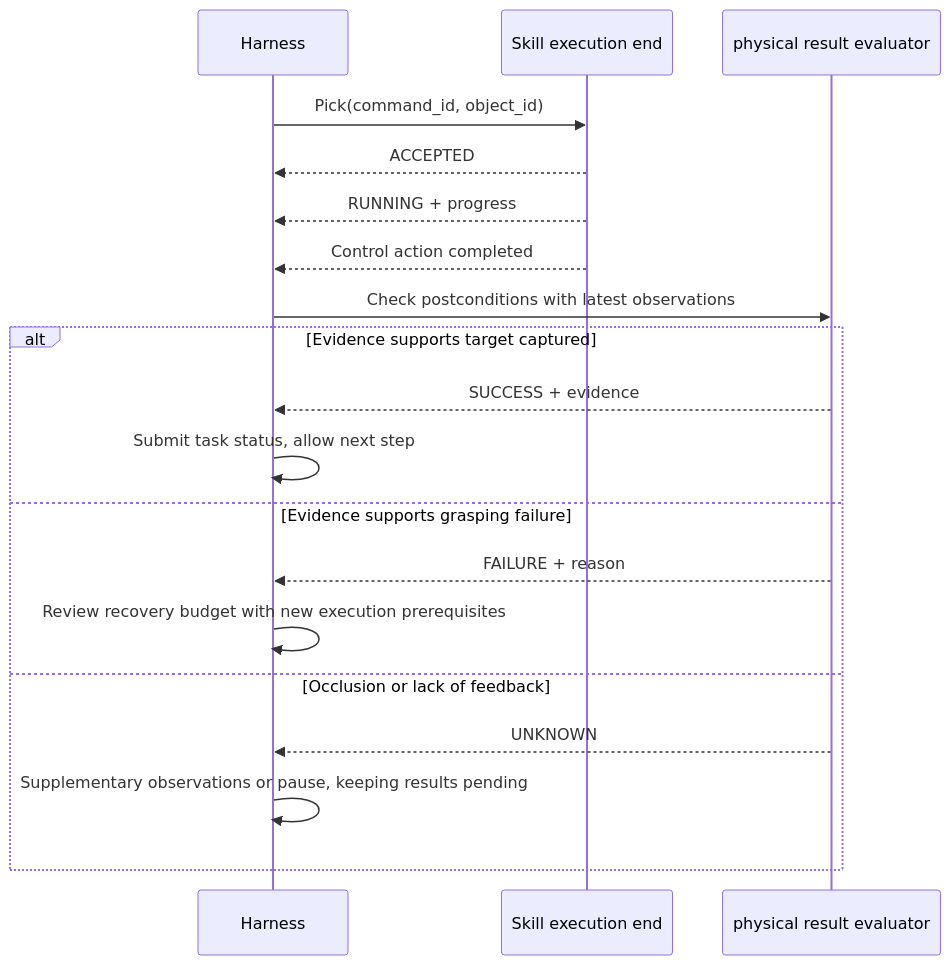
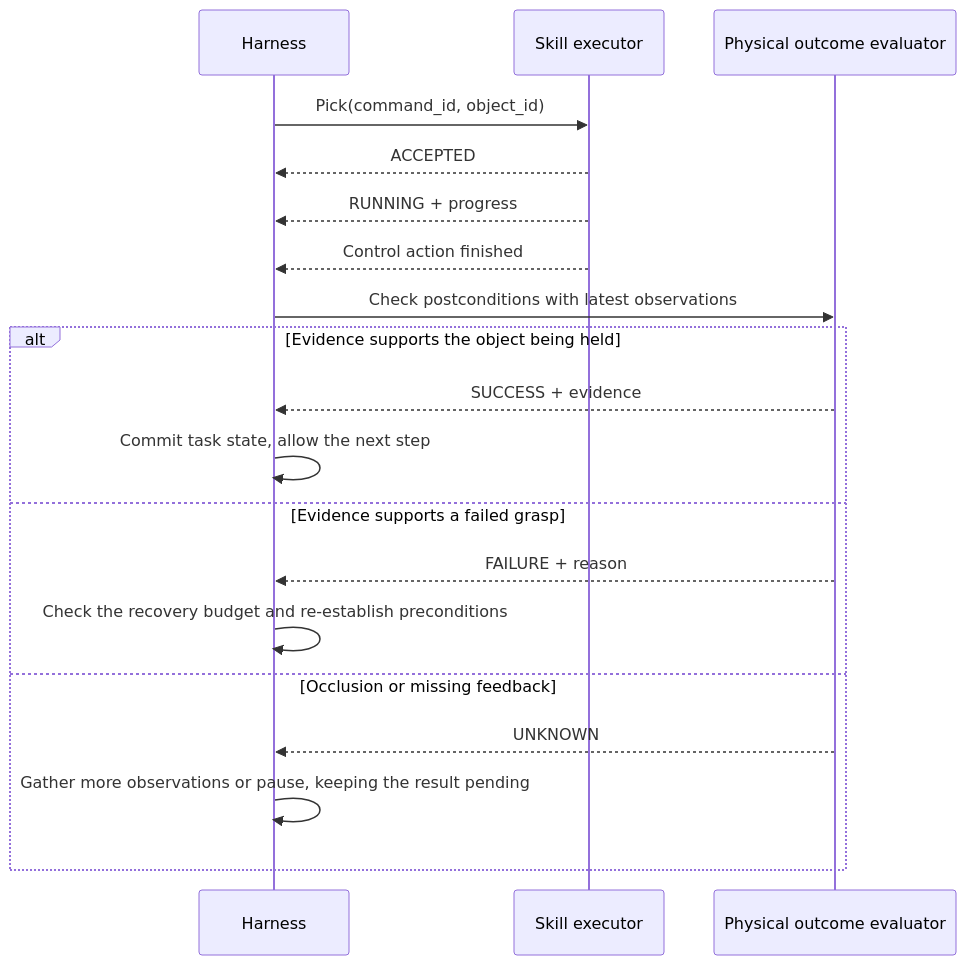
The third of 7 diagrams in _translations/en/research/Embodied-Agent-Harness-Survey.md (TingdeLiu/tingdeliu.github.io), drawn with Mermaid before and after one commit. The commit also changed other lines of this file and 51 other files, not shown here.

````diff
--- a/_translations/en/research/Embodied-Agent-Harness-Survey.md
+++ b/_translations/en/research/Embodied-Agent-Harness-Survey.md
@@ -169,21 +169,21 @@
 ```mermaid
 sequenceDiagram
     participant H as Harness
-    participant E as Skill execution end
-    participant V as physical result evaluator
+    participant E as Skill executor
+    participant V as Physical outcome evaluator
     H->>E: Pick(command_id, object_id)
     E-->>H: ACCEPTED
     E-->>H: RUNNING + progress
-    E-->>H: Control action completed
+    E-->>H: Control action finished
     H->>V: Check postconditions with latest observations
-    alt Evidence supports target captured
+    alt Evidence supports the object being held
         V-->>H: SUCCESS + evidence
-        H->>H: Submit task status, allow next step
-    else Evidence supports grasping failure
+        H->>H: Commit task state, allow the next step
+    else Evidence supports a failed grasp
         V-->>H: FAILURE + reason
-        H->>H: Review recovery budget with new execution prerequisites
-    else Occlusion or lack of feedback
+        H->>H: Check the recovery budget and re-establish preconditions
+    else Occlusion or missing feedback
         V-->>H: UNKNOWN
-        H->>H: Supplementary observations or pause, keeping results pending
+        H->>H: Gather more observations or pause, keeping the result pending
     end
 ```
````
